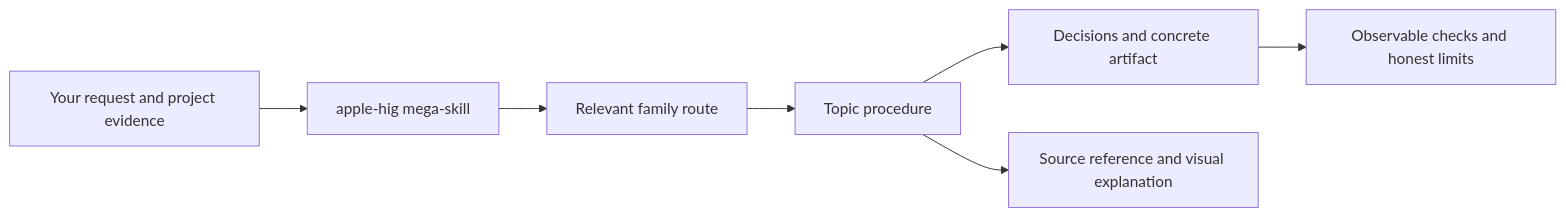
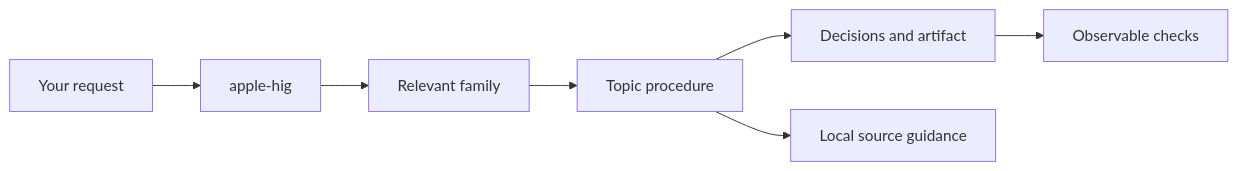
The diagram in README.md (AyushRajSinghParihar/apple-human-interface-skills), drawn with Mermaid before and after one commit. The commit also changed other lines of this file and 184 other files, not shown here.

Commit message:
Finish source-backed skill package and README with scoped publication checks

````diff
--- a/README.md
+++ b/README.md
@@ -114,9 +71,9 @@
 ```mermaid
 flowchart LR
-    A[Your request and project evidence] --> B[apple-hig mega-skill]
-    B --> C[Relevant family route]
+    A[Your request] --> B[apple-hig]
+    B --> C[Relevant family]
     C --> D[Topic procedure]
-    D --> E[Decisions and concrete artifact]
-    D --> F[Source reference and visual explanation]
-    E --> G[Observable checks and honest limits]
+    D --> E[Decisions and artifact]
+    D --> F[Local source guidance]
+    E --> G[Observable checks]
 ```
````
